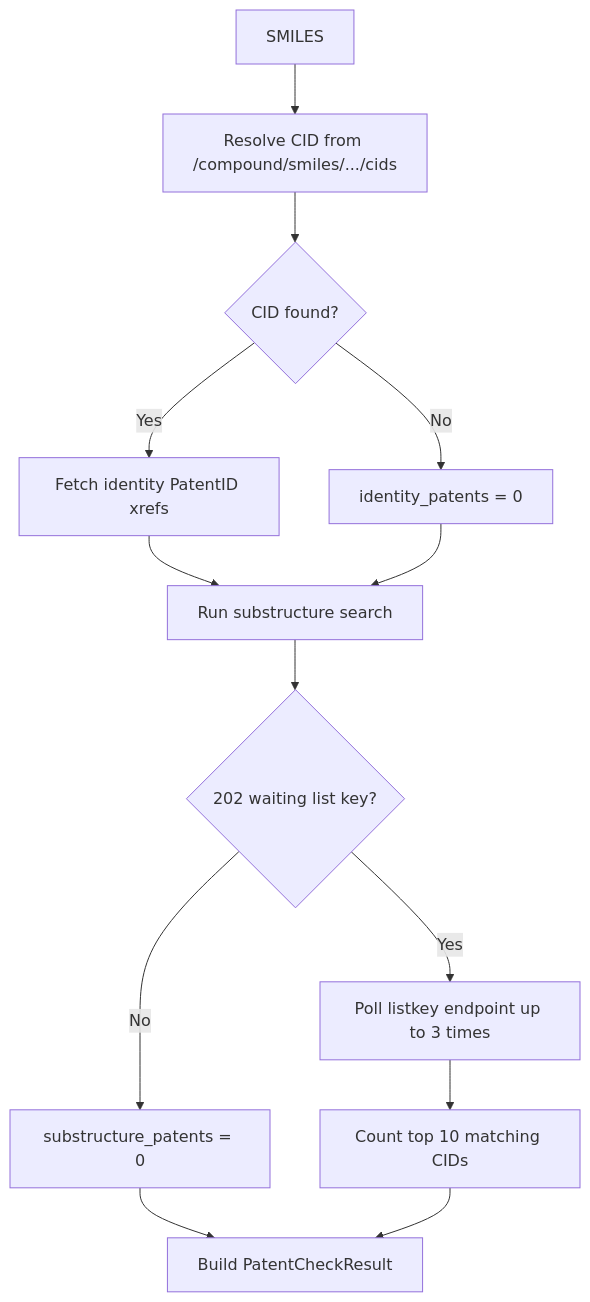
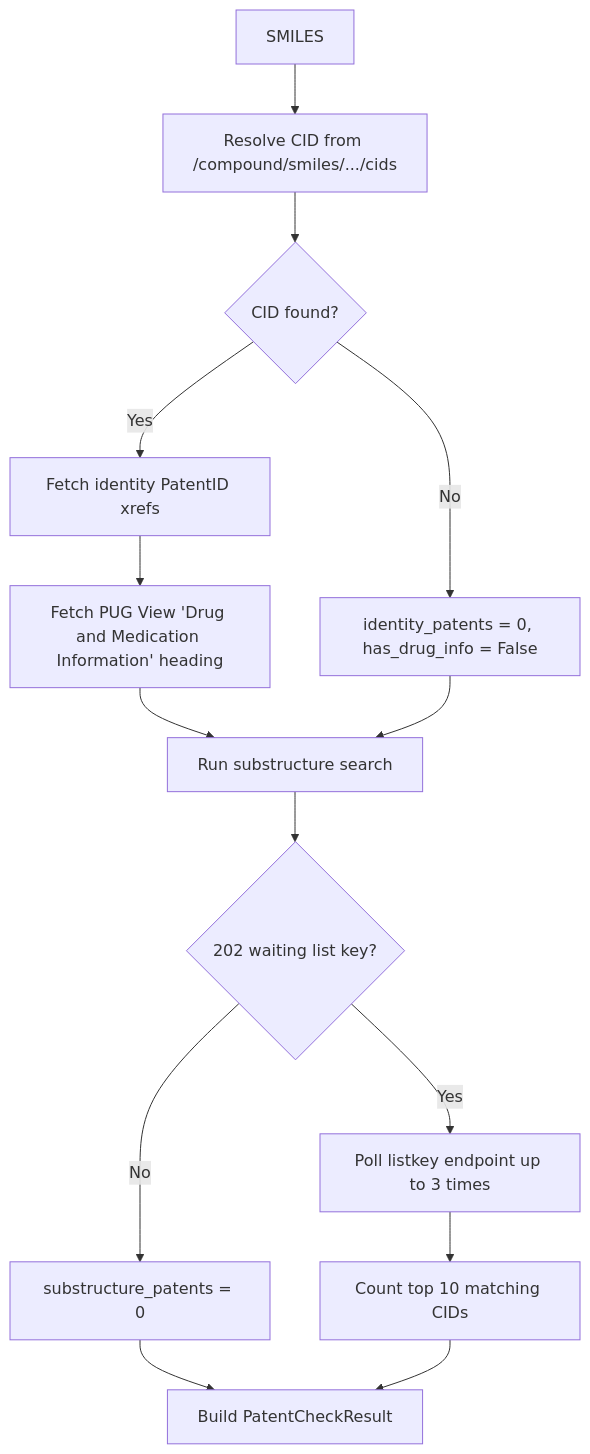
The diagram in doc/components/pubchem-service.md (tacclab/LLMsFold), drawn with Mermaid before and after one commit. The commit also changed other lines of this file and 18 other files, not shown here.

````diff
--- a/doc/components/pubchem-service.md
+++ b/doc/components/pubchem-service.md
@@ -10,15 +10,16 @@
 ```mermaid
 flowchart TD
     A[SMILES] --> B[Resolve CID from /compound/smiles/.../cids]
     B --> C{CID found?}
     C -->|Yes| D[Fetch identity PatentID xrefs]
-    C -->|No| E[identity_patents = 0]
-    D --> F[Run substructure search]
+    D --> D2[Fetch PUG View 'Drug and Medication Information' heading]
+    C -->|No| E[identity_patents = 0, has_drug_info = False]
+    D2 --> F[Run substructure search]
     E --> F
     F --> G{202 waiting list key?}
     G -->|Yes| H[Poll listkey endpoint up to 3 times]
     G -->|No| I[substructure_patents = 0]
     H --> J[Count top 10 matching CIDs]
     I --> K[Build PatentCheckResult]
     J --> K
 ```
````
